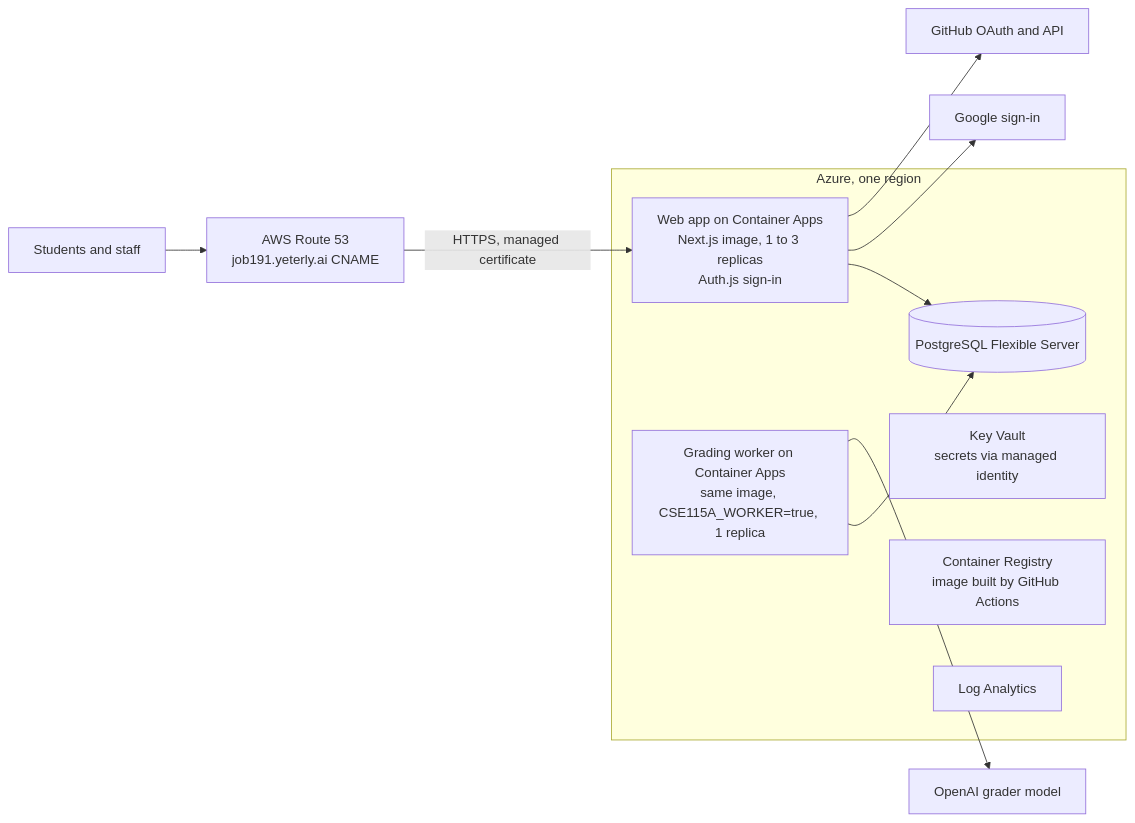
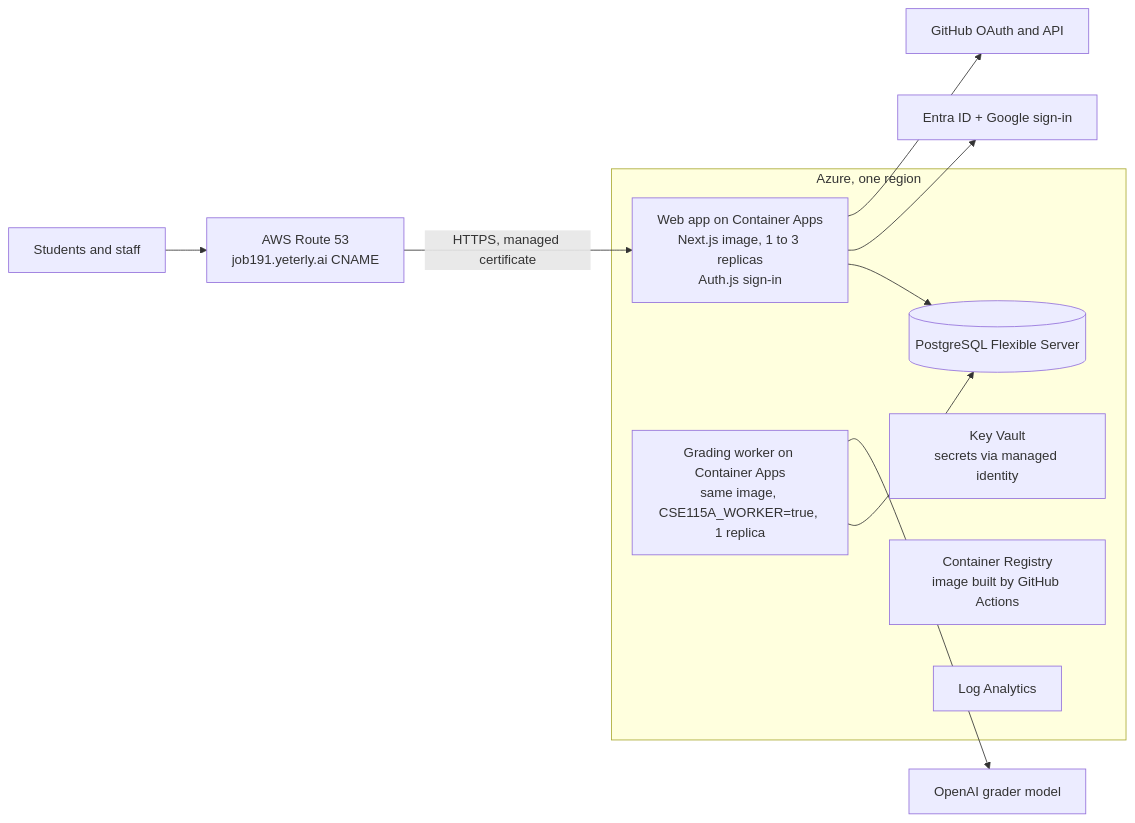
One commit to Yeterly/ts-repo-metrics changed the diagram in docs/AZURE_DEPLOY_PLAN.md. Above: the diagram before and after it, drawn with Mermaid. The commit also changed other lines of this file, not shown here.

First line of the commit message:
Use Microsoft Entra ID for student sign-in in the Azure plan

````diff
--- a/docs/AZURE_DEPLOY_PLAN.md
+++ b/docs/AZURE_DEPLOY_PLAN.md
@@ -59,18 +59,18 @@
 ```mermaid
 flowchart LR
   users["Students and staff"] --> r53["AWS Route 53<br/>job191.yeterly.ai CNAME"]
   r53 -- "HTTPS, managed certificate" --> web
   subgraph azure["Azure, one region"]
     web["Web app on Container Apps<br/>Next.js image, 1 to 3 replicas<br/>Auth.js sign-in"]
     worker["Grading worker on Container Apps<br/>same image, CSE115A_WORKER=true, 1 replica"]
     pg[("PostgreSQL Flexible Server")]
     kv["Key Vault<br/>secrets via managed identity"]
     acr["Container Registry<br/>image built by GitHub Actions"]
     logs["Log Analytics"]
     web --> pg
     worker --> pg
   end
-  web --> google["Google sign-in"]
+  web --> google["Entra ID + Google sign-in"]
   web --> github["GitHub OAuth and API"]
   worker --> openai["OpenAI grader model"]
 ```
````
